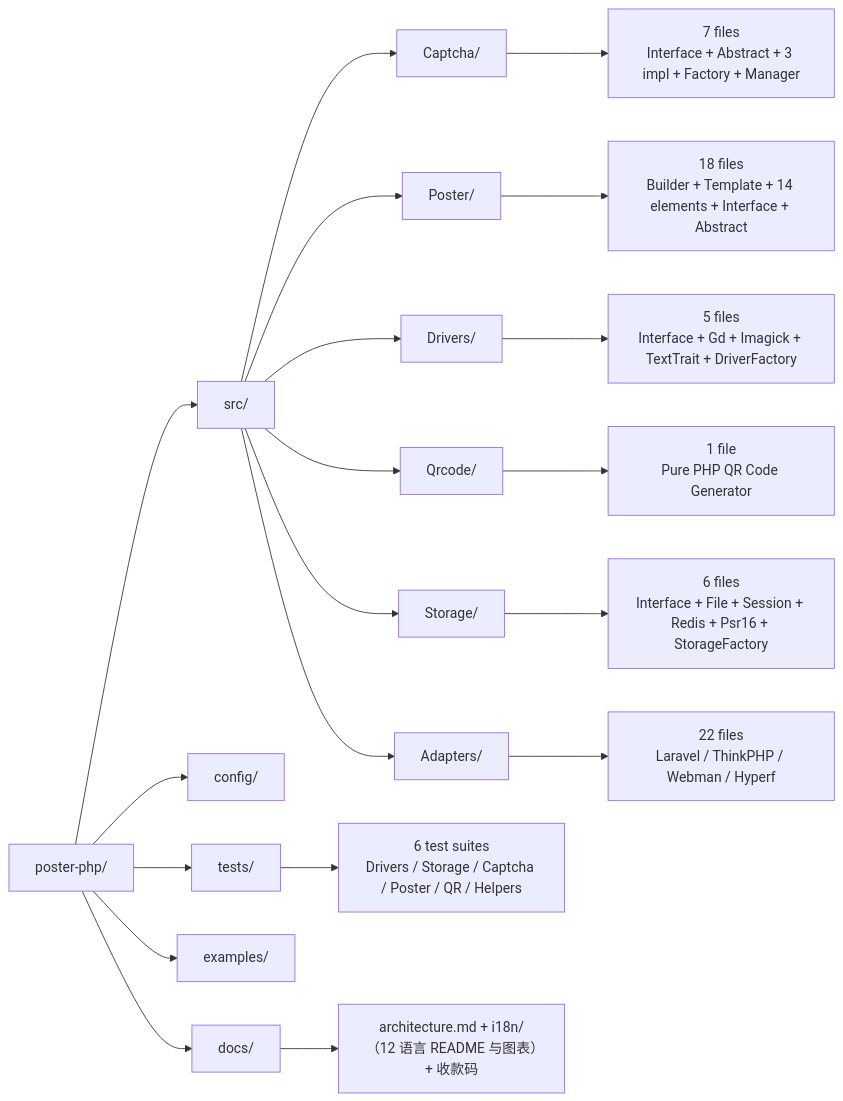
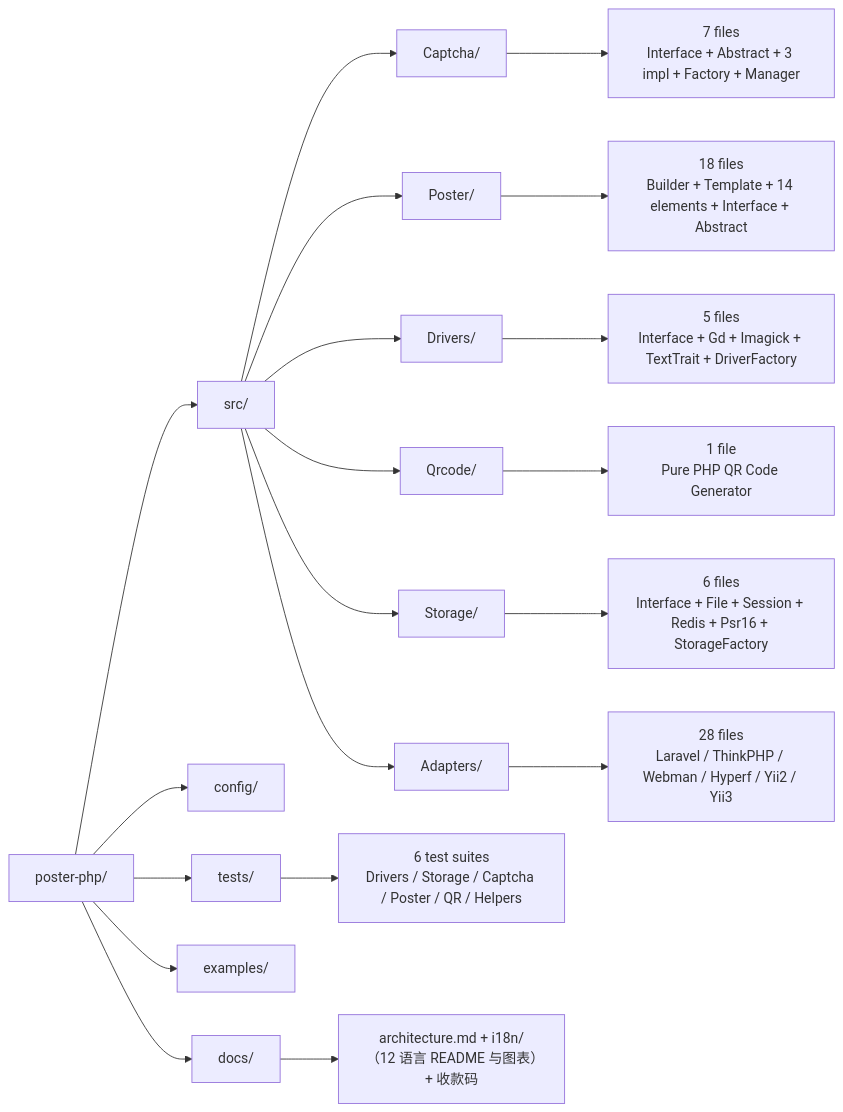
One commit to erikwang2013/poster-php changed diagram 11 of 11 in docs/architecture.md. Above: the diagram before and after it, drawn with Mermaid. The commit also changed other lines of this file and 52 other files, not shown here.

First line of the commit message:
docs(i18n): 12 语言文档与图表同步 Yii 适配

````diff
--- a/docs/architecture.md
+++ b/docs/architecture.md
@@ -558,25 +558,25 @@
 ```mermaid
 graph LR
     ROOT["poster-php/"] --> SRC["src/"]
     ROOT --> CONFIG_DIR["config/"]
     ROOT --> TESTS["tests/"]
     ROOT --> EXAMPLES["examples/"]
     ROOT --> DOCS["docs/"]
 
     SRC --> CAPTCHA_DIR["Captcha/"]
     SRC --> POSTER_DIR["Poster/"]
     SRC --> DRIVERS_DIR["Drivers/"]
     SRC --> QRCODE_DIR["Qrcode/"]
     SRC --> STORAGE_DIR["Storage/"]
     SRC --> ADAPTERS_DIR["Adapters/"]
 
     CAPTCHA_DIR --> C_FILES["7 files<br/>Interface + Abstract + 3 impl + Factory + Manager"]
     POSTER_DIR --> P_FILES["18 files<br/>Builder + Template + 14 elements + Interface + Abstract"]
     DRIVERS_DIR --> D_FILES["5 files<br/>Interface + Gd + Imagick + TextTrait + DriverFactory"]
     QRCODE_DIR --> Q_FILES["1 file<br/>Pure PHP QR Code Generator"]
     STORAGE_DIR --> S_FILES["6 files<br/>Interface + File + Session + Redis + Psr16 + StorageFactory"]
-    ADAPTERS_DIR --> A_FILES["22 files<br/>Laravel / ThinkPHP / Webman / Hyperf"]
+    ADAPTERS_DIR --> A_FILES["28 files<br/>Laravel / ThinkPHP / Webman / Hyperf / Yii2 / Yii3"]
 
     TESTS --> T_DIRS["6 test suites<br/>Drivers / Storage / Captcha / Poster / QR / Helpers"]
     DOCS --> DOC_FILES["architecture.md + i18n/（12 语言 README 与图表）+ 收款码"]
 ```
````
